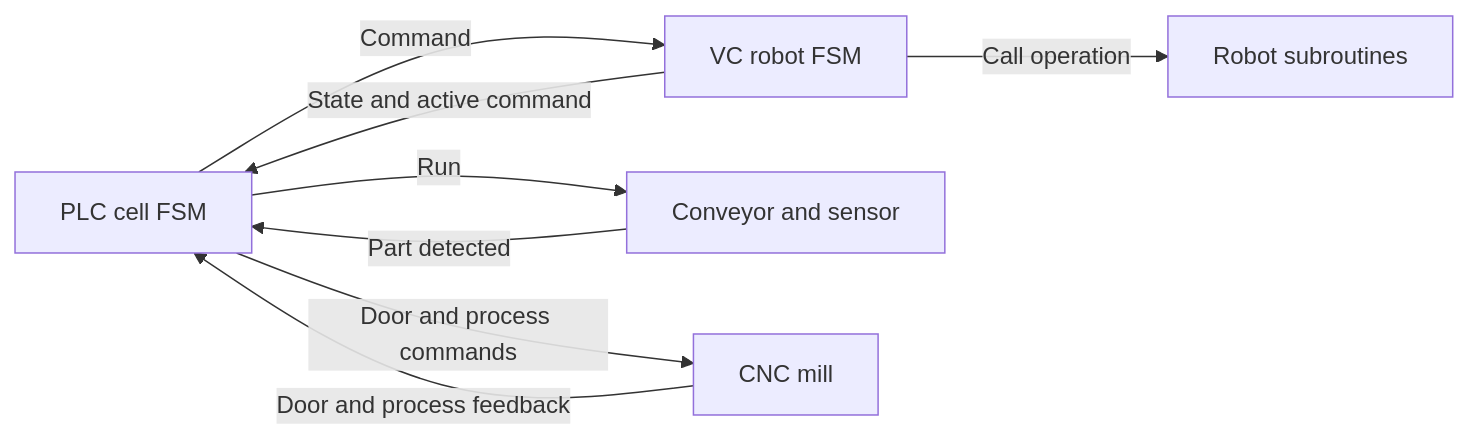
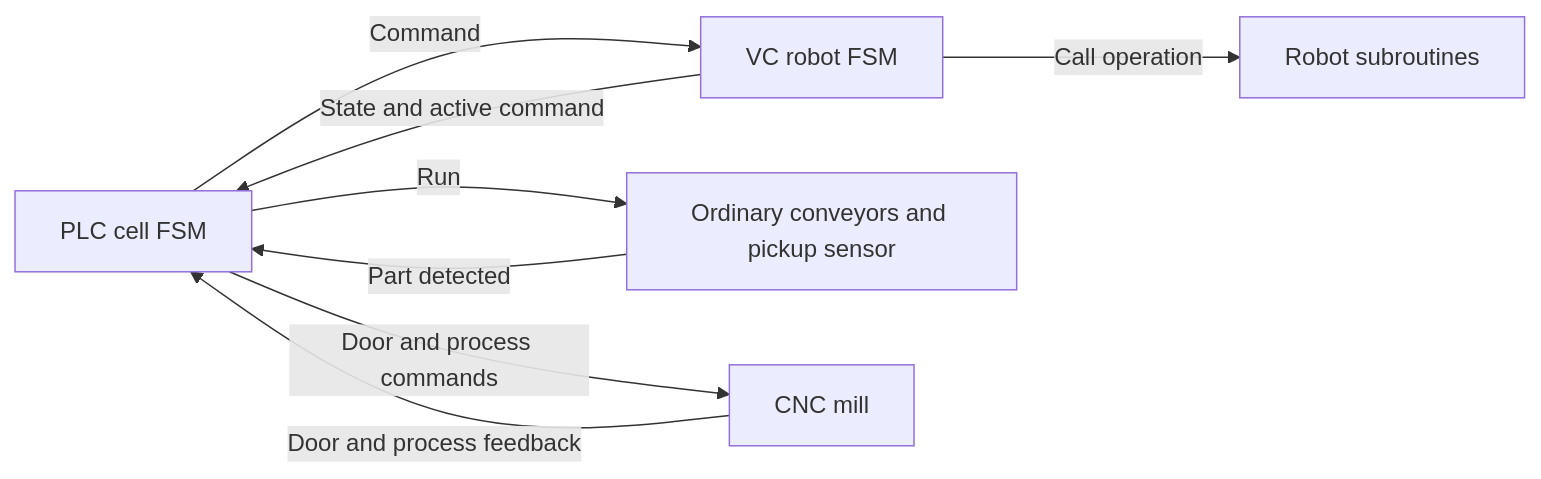
The diagram in pages/robot_cell.qmd (frdedynamics/Industrial-Robotics-and-PLCs), drawn with Mermaid before and after one commit. The commit also changed other lines of this file and 3 other files, not shown here.

````diff
--- a/pages/robot_cell.qmd
+++ b/pages/robot_cell.qmd
@@ -494,16 +496,16 @@
 ```{mermaid}
 flowchart LR
     PLC[PLC cell FSM]
     ROBOT[VC robot FSM]
-    CONVEYOR[Conveyor and sensor]
+    CONVEYOR[Ordinary conveyors and pickup sensor]
     CNC[CNC mill]
     ROUTINES[Robot subroutines]
 
     PLC -->|Command| ROBOT
     ROBOT -->|State and active command| PLC
     PLC -->|Run| CONVEYOR
     CONVEYOR -->|Part detected| PLC
     PLC -->|Door and process commands| CNC
     CNC -->|Door and process feedback| PLC
     ROBOT -->|Call operation| ROUTINES
 ```
````
